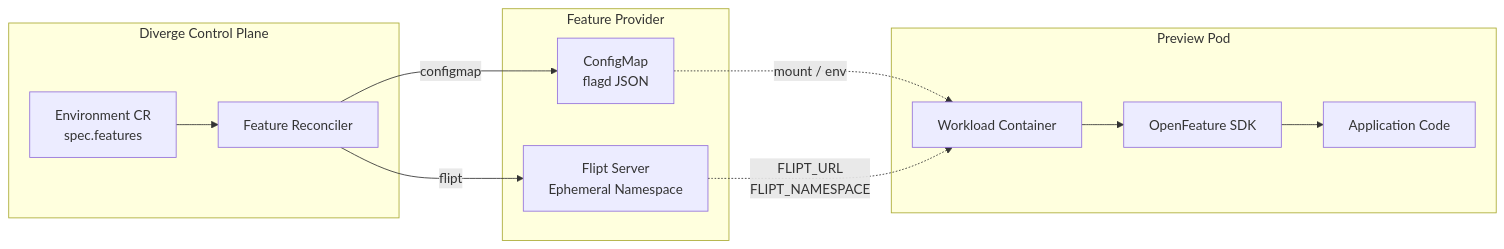
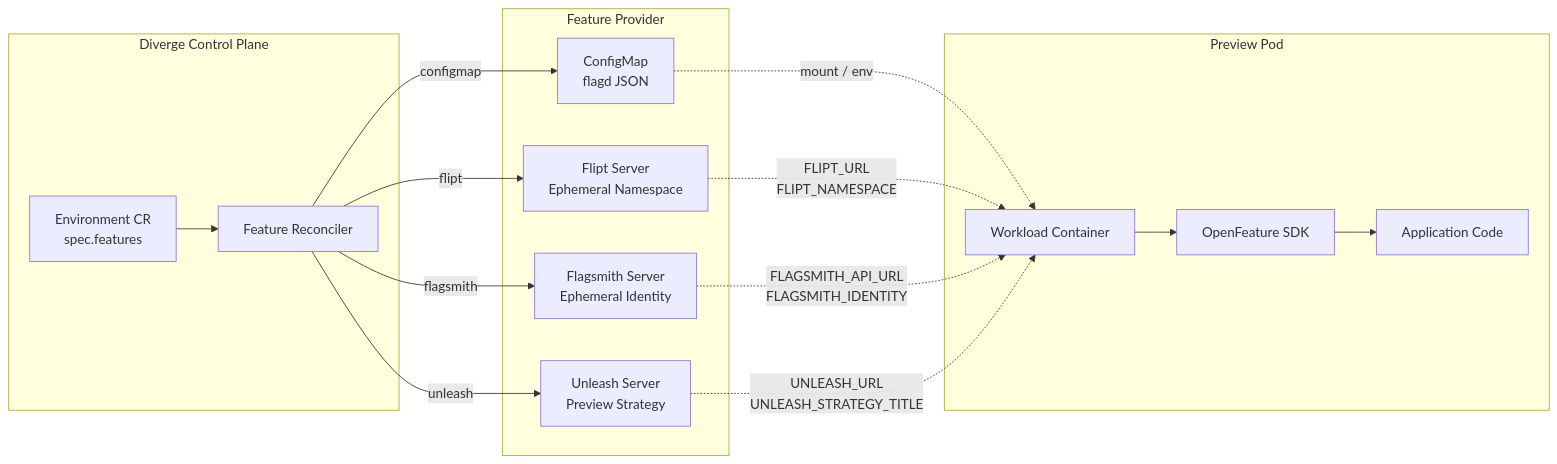
Before and after one commit to divergedev/diverge: the diagram in docs/guides/feature-flags.md, drawn with Mermaid. The commit also changed other lines of this file and 11 other files, not shown here.

````diff
--- a/docs/guides/feature-flags.md
+++ b/docs/guides/feature-flags.md
@@ -7,18 +7,22 @@
 ```mermaid
 flowchart LR
     subgraph Diverge Control Plane
         CR[Environment CR<br/>spec.features] --> Reconciler[Feature Reconciler]
     end
 
     subgraph Feature Provider
         Reconciler -->|configmap| CM[ConfigMap<br/>flagd JSON]
         Reconciler -->|flipt| FliptAPI[Flipt Server<br/>Ephemeral Namespace]
+        Reconciler -->|flagsmith| FlagsmithAPI[Flagsmith Server<br/>Ephemeral Identity]
+        Reconciler -->|unleash| UnleashAPI[Unleash Server<br/>Preview Strategy]
     end
 
     subgraph Preview Pod
         CM -.->|mount / env| Pod[Workload Container]
         FliptAPI -.->|FLIPT_URL<br/>FLIPT_NAMESPACE| Pod
+        FlagsmithAPI -.->|FLAGSMITH_API_URL<br/>FLAGSMITH_IDENTITY| Pod
+        UnleashAPI -.->|UNLEASH_URL<br/>UNLEASH_STRATEGY_TITLE| Pod
         Pod --> OF[OpenFeature SDK]
         OF --> App[Application Code]
     end
 ```
````
